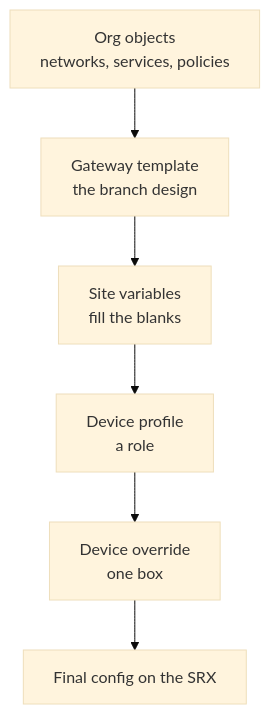
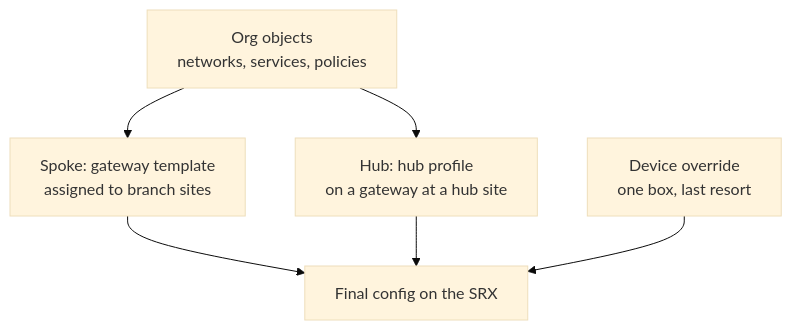
Before and after one commit to fiddler110/Topiary: the first of 5 diagrams in workshops/srx-terraform/content/slides/presentation.md, drawn with Mermaid (base theme). The commit also changed other lines of this file and 42 other files, not shown here.

First line of the commit message:
Teach Mist's hub and spoke roles in lab 5 instead of stacked layers

```diff
--- a/workshops/srx-terraform/content/slides/presentation.md
+++ b/workshops/srx-terraform/content/slides/presentation.md
@@ -139,8 +139,8 @@
 <div class="mermaid">
 flowchart TD
-  o["Org objects<br/>networks, services, policies"] --> t["Gateway template<br/>the branch design"]
-  t --> v["Site variables<br/>fill the blanks"]
-  v --> p["Device profile<br/>a role"]
-  p --> d["Device override<br/>one box"]
-  d --> j["Final config on the SRX"]
+  o["Org objects<br/>networks, services, policies"] --> t["Spoke: gateway template<br/>assigned to branch sites"]
+  o --> p["Hub: hub profile<br/>on a gateway at a hub site"]
+  t --> j["Final config on the SRX"]
+  p --> j
+  d["Device override<br/>one box, last resort"] --> j
 </div>
```
